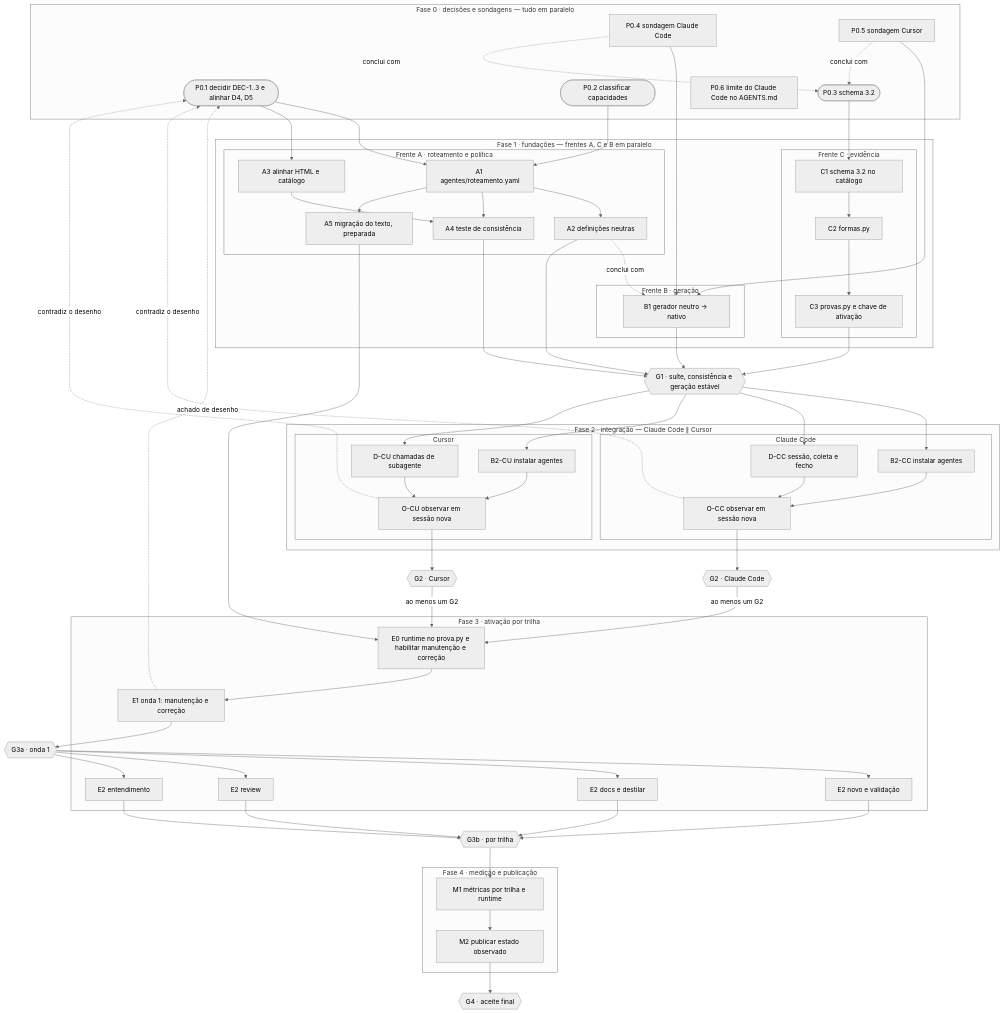
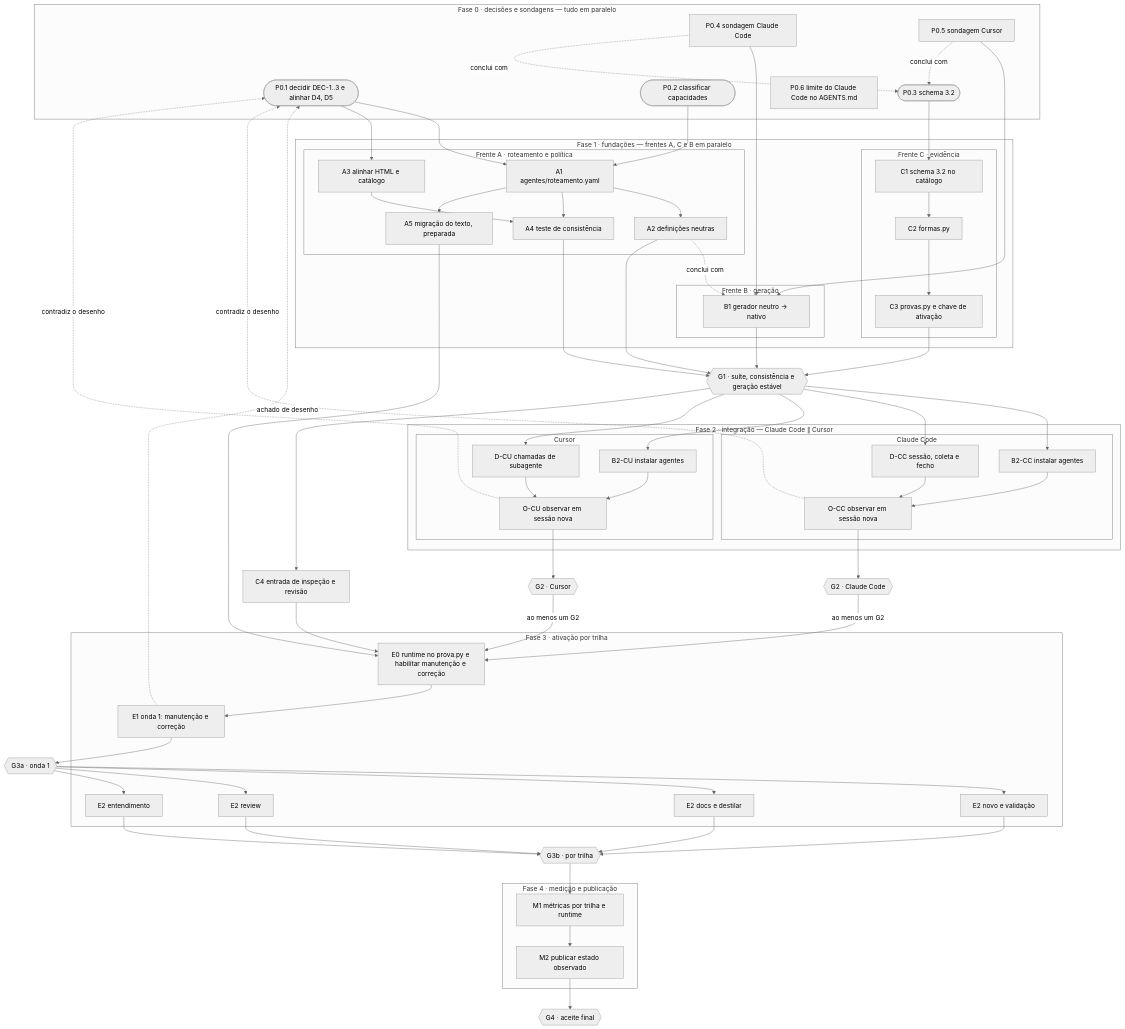
The first of 2 diagrams in PLANO-AGENTES-TRILHAS.md (Bruno-Primesz-Lauria/avante-harness-engineer), drawn with Mermaid (neutral theme) before and after one commit. The commit also changed other lines of this file and 9 other files, not shown here.

```diff
--- a/PLANO-AGENTES-TRILHAS.md
+++ b/PLANO-AGENTES-TRILHAS.md
@@ -357,6 +357,7 @@
   G2CC -->|ao menos um G2| E0
   G2CU -->|ao menos um G2| E0
   A5 --> E0
+  G1 --> C4["C4 entrada de inspeção e revisão"] --> E0
   E0 --> E1 --> G3a
   G3a --> E2N & E2D & E2R & E2E
   E2N & E2D & E2R & E2E --> G3b
```
